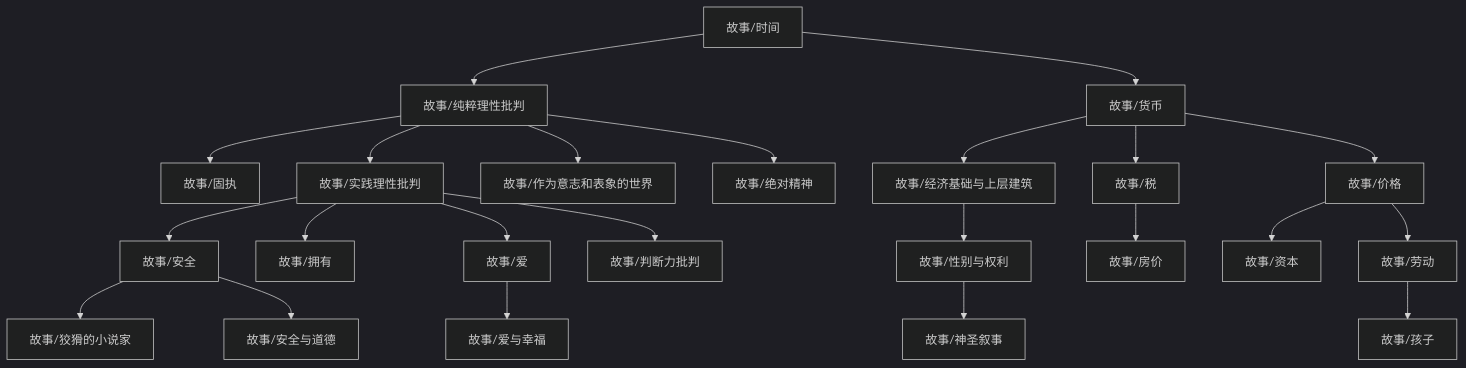
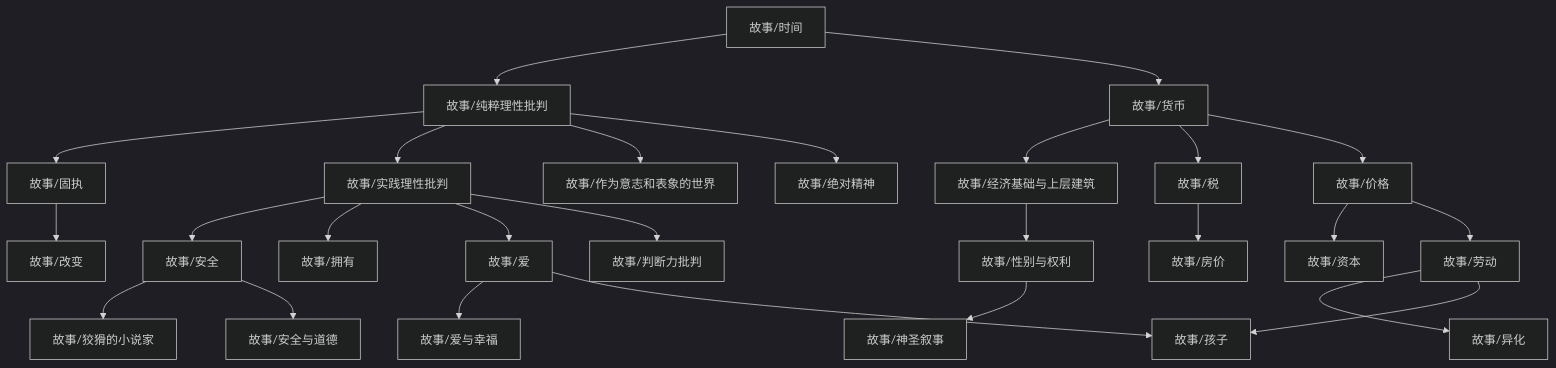
One commit to zeroDtree/zeroDtree.github.io changed the diagram in content/故事/dependency_graph.md. Above: the diagram before and after it, drawn with Mermaid (dark theme). The commit also changed 7 other files, not shown here.

````diff
--- a/content/故事/dependency_graph.md
+++ b/content/故事/dependency_graph.md
@@ -1,25 +1,28 @@
 ```mermaid
 graph TD
-1["故事/纯粹理性批判"] --> 0["故事/固执"]
-3["故事/经济基础与上层建筑"] --> 2["故事/性别与权利"]
-5["故事/价格"] --> 4["故事/资本"]
-7["故事/安全"] --> 6["故事/狡猾的小说家"]
-1["故事/纯粹理性批判"] --> 8["故事/实践理性批判"]
-9["故事/时间"] --> 1["故事/纯粹理性批判"]
-8["故事/实践理性批判"] --> 7["故事/安全"]
-10["故事/货币"] --> 3["故事/经济基础与上层建筑"]
-8["故事/实践理性批判"] --> 11["故事/拥有"]
-10["故事/货币"] --> 12["故事/税"]
-12["故事/税"] --> 13["故事/房价"]
-8["故事/实践理性批判"] --> 14["故事/爱"]
-10["故事/货币"] --> 5["故事/价格"]
-1["故事/纯粹理性批判"] --> 16["故事/作为意志和表象的世界"]
-1["故事/纯粹理性批判"] --> 17["故事/绝对精神"]
-7["故事/安全"] --> 18["故事/安全与道德"]
-2["故事/性别与权利"] --> 19["故事/神圣叙事"]
-14["故事/爱"] --> 20["故事/爱与幸福"]
-9["故事/时间"] --> 10["故事/货币"]
-22["故事/劳动"] --> 21["故事/孩子"]
-5["故事/价格"] --> 22["故事/劳动"]
-8["故事/实践理性批判"] --> 23["故事/判断力批判"]
+1["故事/劳动"] --> 0["故事/异化"]
+3["故事/纯粹理性批判"] --> 2["故事/固执"]
+5["故事/经济基础与上层建筑"] --> 4["故事/性别与权利"]
+7["故事/价格"] --> 6["故事/资本"]
+2["故事/固执"] --> 8["故事/改变"]
+10["故事/安全"] --> 9["故事/狡猾的小说家"]
+3["故事/纯粹理性批判"] --> 11["故事/实践理性批判"]
+12["故事/时间"] --> 3["故事/纯粹理性批判"]
+11["故事/实践理性批判"] --> 10["故事/安全"]
+13["故事/货币"] --> 5["故事/经济基础与上层建筑"]
+11["故事/实践理性批判"] --> 14["故事/拥有"]
+13["故事/货币"] --> 15["故事/税"]
+15["故事/税"] --> 16["故事/房价"]
+11["故事/实践理性批判"] --> 17["故事/爱"]
+13["故事/货币"] --> 7["故事/价格"]
+3["故事/纯粹理性批判"] --> 19["故事/作为意志和表象的世界"]
+3["故事/纯粹理性批判"] --> 20["故事/绝对精神"]
+10["故事/安全"] --> 21["故事/安全与道德"]
+4["故事/性别与权利"] --> 22["故事/神圣叙事"]
+17["故事/爱"] --> 23["故事/爱与幸福"]
+12["故事/时间"] --> 13["故事/货币"]
+1["故事/劳动"] --> 24["故事/孩子"]
+17["故事/爱"] --> 24["故事/孩子"]
+7["故事/价格"] --> 1["故事/劳动"]
+11["故事/实践理性批判"] --> 25["故事/判断力批判"]
 ```
````
